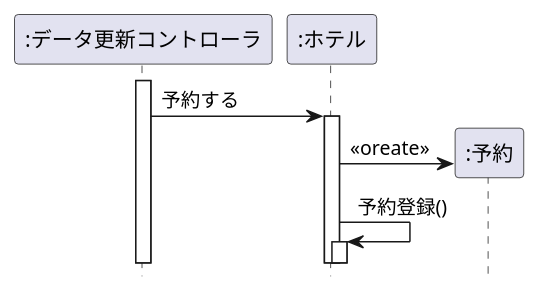
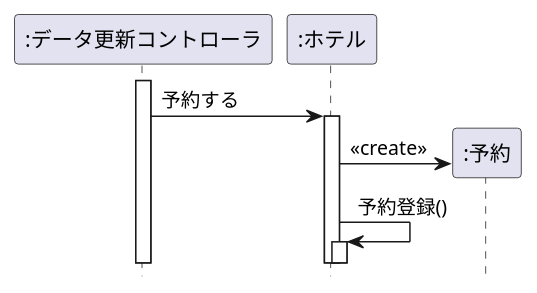
The diagram in 演習4-3_SD_データ更新コントローラとホテルと予約.pu (kuboi0627/unl-introduction), drawn with PlantUML before and after one commit. The commit also changed 1 other file, not shown here.

```diff
--- a/演習4-3_SD_データ更新コントローラとホテルと予約.pu
+++ b/演習4-3_SD_データ更新コントローラとホテルと予約.pu
@@ -1,13 +1,13 @@
 @startuml
 hide footbox
 participant ":データ更新コントローラ" as control
 participant ":ホテル" as hotel
 participant ":予約" as y1
 activate control
 control ->hotel :予約する
 activate hotel
 create y1
-hotel -> y1 :<< oreate >>
+hotel -> y1 :<< create >>
 hotel -> hotel :予約登録()
 activate hotel
 @enduml
```
